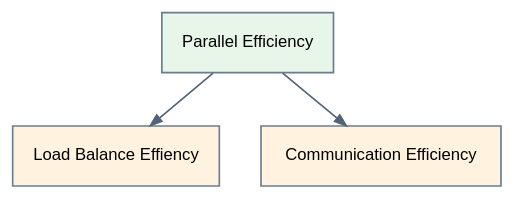
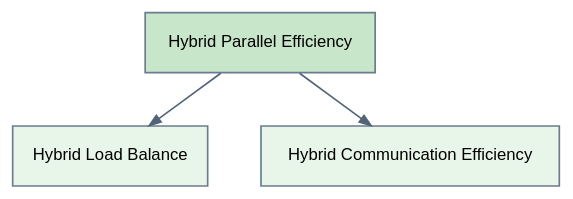
The fourth of 12 diagrams in doc/source/05_methodology.rst (bsc-performance-tools/basicanalysis), drawn with Graphviz before and after one commit. The commit also changed other lines of this file and 2 other files, not shown here.

```diff
--- a/doc/source/05_methodology.rst
+++ b/doc/source/05_methodology.rst
@@ -341,45 +423,45 @@
 .. graphviz::
    :align: center
 
-   digraph EfficiencyHierarchy {
+   digraph HybridParallelEfficiency {
        rankdir=TB;
 
        graph [
            bgcolor="transparent",
-           nodesep=0.35,
+           nodesep=0.45,
            ranksep=0.45
        ];
 
        node [
            shape=box,
            fontname="Helvetica",
            fontsize=10,
            style="filled",
            color="#6B7C8F",
            penwidth=1.0
        ];
 
        edge [
            color="#526477",
            penwidth=1.0,
            arrowsize=0.7
        ];
 
-       parallel [
-           label="Parallel Efficiency",
+       hybrid_pe [
+           label="Hybrid Parallel Efficiency",
+           fillcolor="#C8E6C9"
+       ];
+
+       hybrid_lb [
+           label="Hybrid Load Balance",
            fillcolor="#E8F5E9"
        ];
 
-       loadbalance [
-           label="Load Balance Effiency",
-           fillcolor="#FFF3E0"
+       hybrid_ce [
+           label="Hybrid Communication Efficiency",
+           fillcolor="#E8F5E9"
        ];
 
-       communication [
-           label="Communication Efficiency",
-           fillcolor="#FFF3E0"
-       ];
-
-       parallel -> loadbalance;
-       parallel -> communication;
+       hybrid_pe -> hybrid_lb;
+       hybrid_pe -> hybrid_ce;
    }
```
